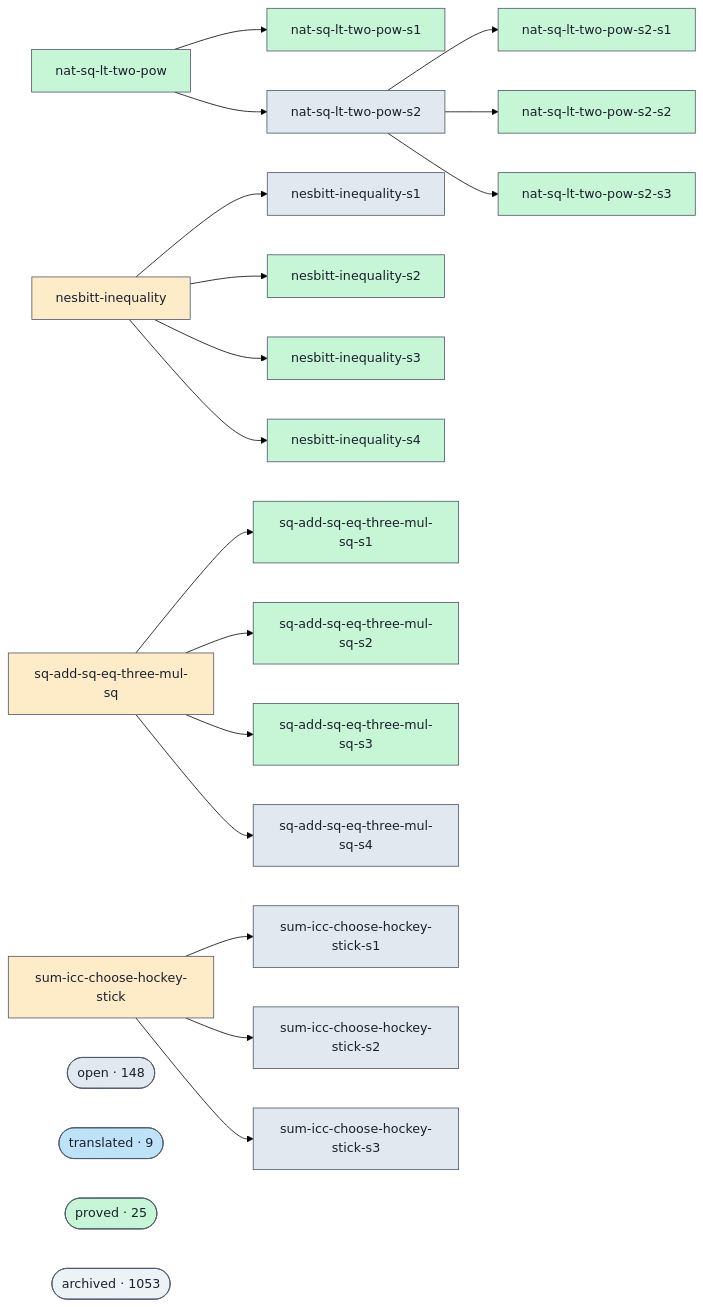
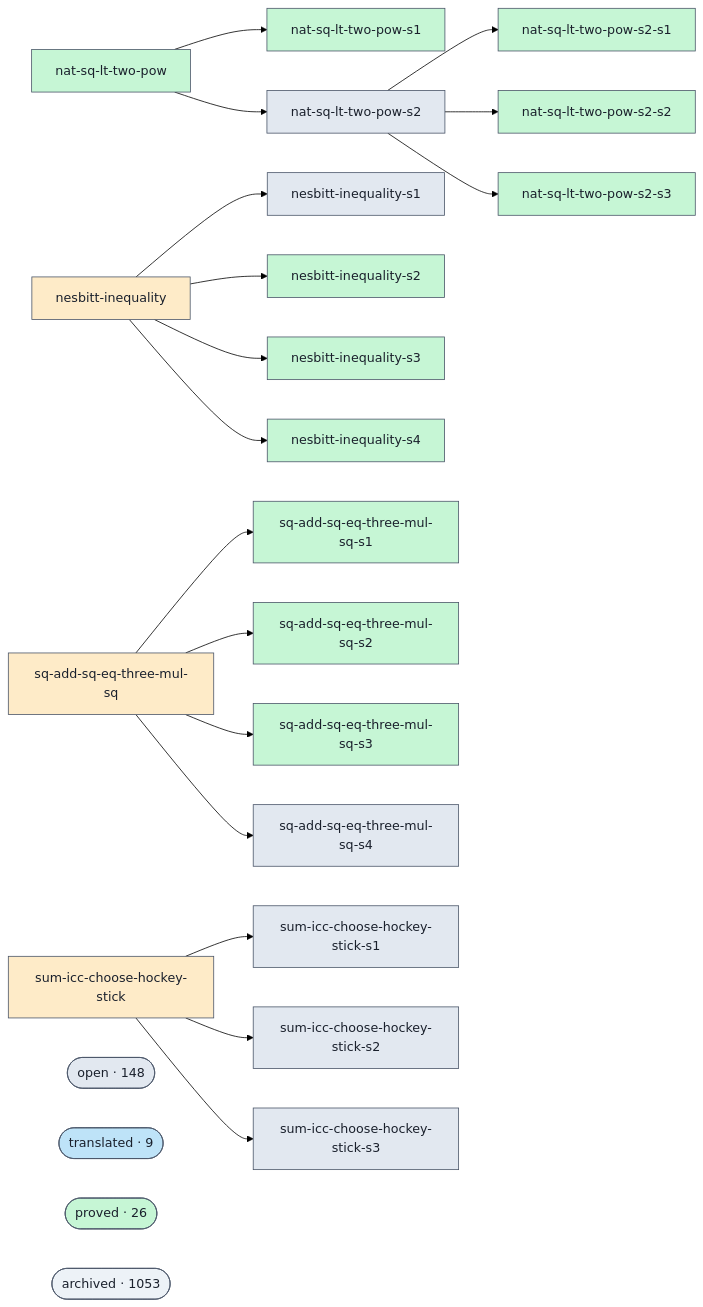
The diagram in docs/proofs-contributors-visualisation.md (ohdearquant/unsorry), drawn with Mermaid (forest theme) before and after one commit. The commit also changed other lines of this file and 2 other files, not shown here.

```diff
--- a/docs/proofs-contributors-visualisation.md
+++ b/docs/proofs-contributors-visualisation.md
@@ -102,7 +102,7 @@
   class cluster_open open;
   cluster_translated(["translated · 9"])
   class cluster_translated translated;
-  cluster_proved(["proved · 25"])
+  cluster_proved(["proved · 26"])
   class cluster_proved proved;
   cluster_archived(["archived · 1053"])
   class cluster_archived unknown;
```
